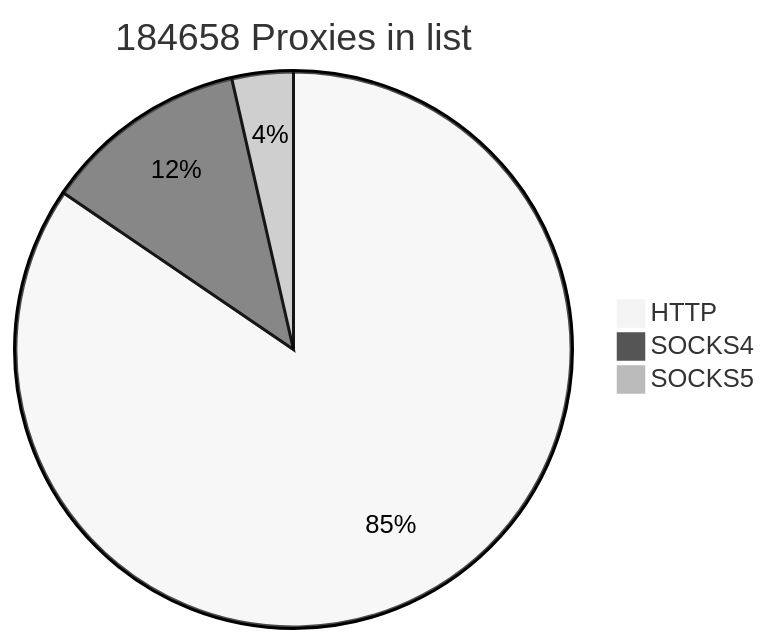
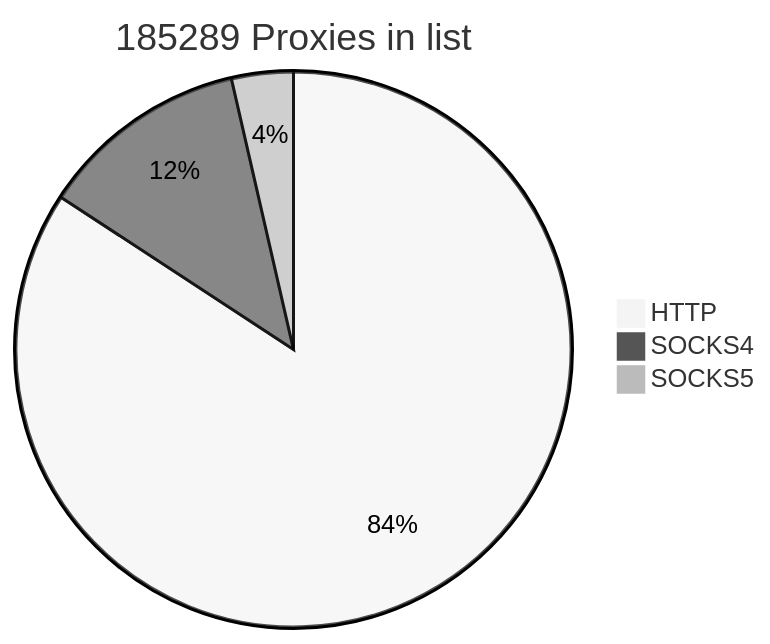
Before and after one commit to cutipu/proxylist: the first of 2 diagrams in README.md, drawn with Mermaid (neutral theme). The commit also changed other lines of this file, not shown here.

````diff
--- a/README.md
+++ b/README.md
@@ -2,7 +2,7 @@
 ```mermaid
-pie title 184658 Proxies in list
+pie title 185289 Proxies in list
     "HTTP" : 156065
-    "SOCKS4" : 22006
-    "SOCKS5" : 6587
+    "SOCKS4" : 22576
+    "SOCKS5" : 6648
             
 ```
````
